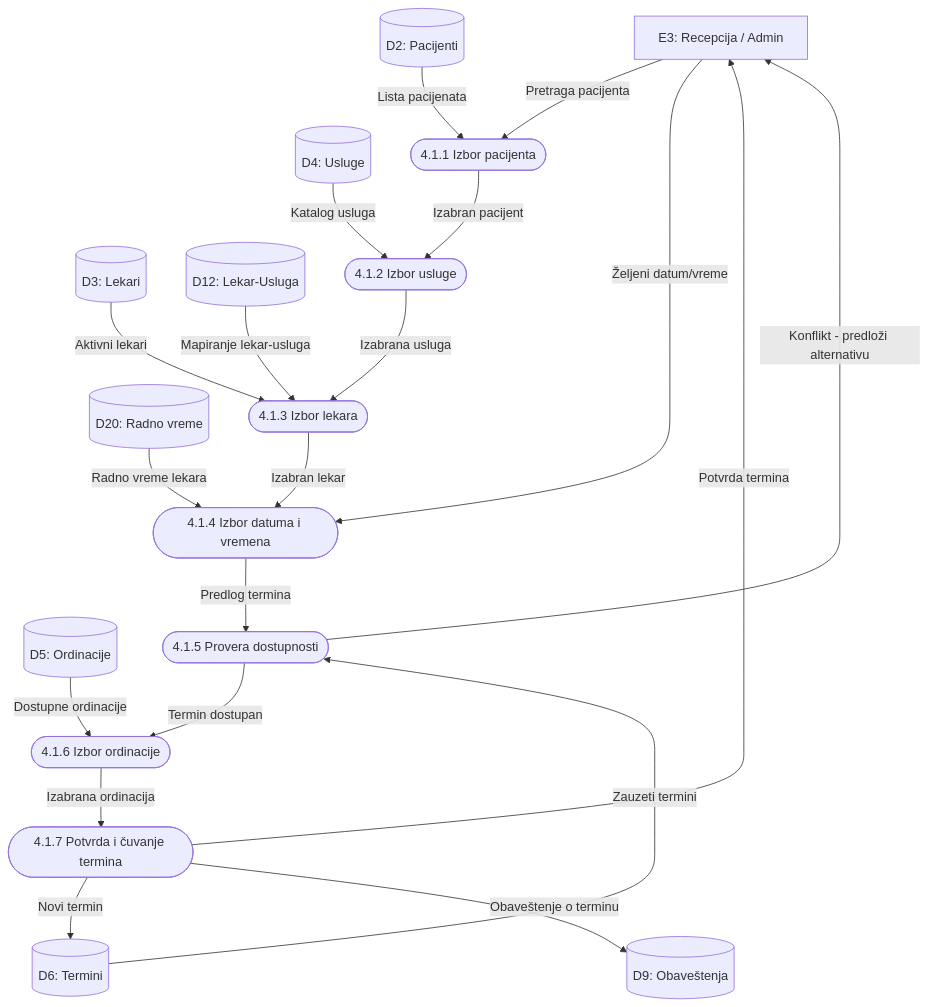
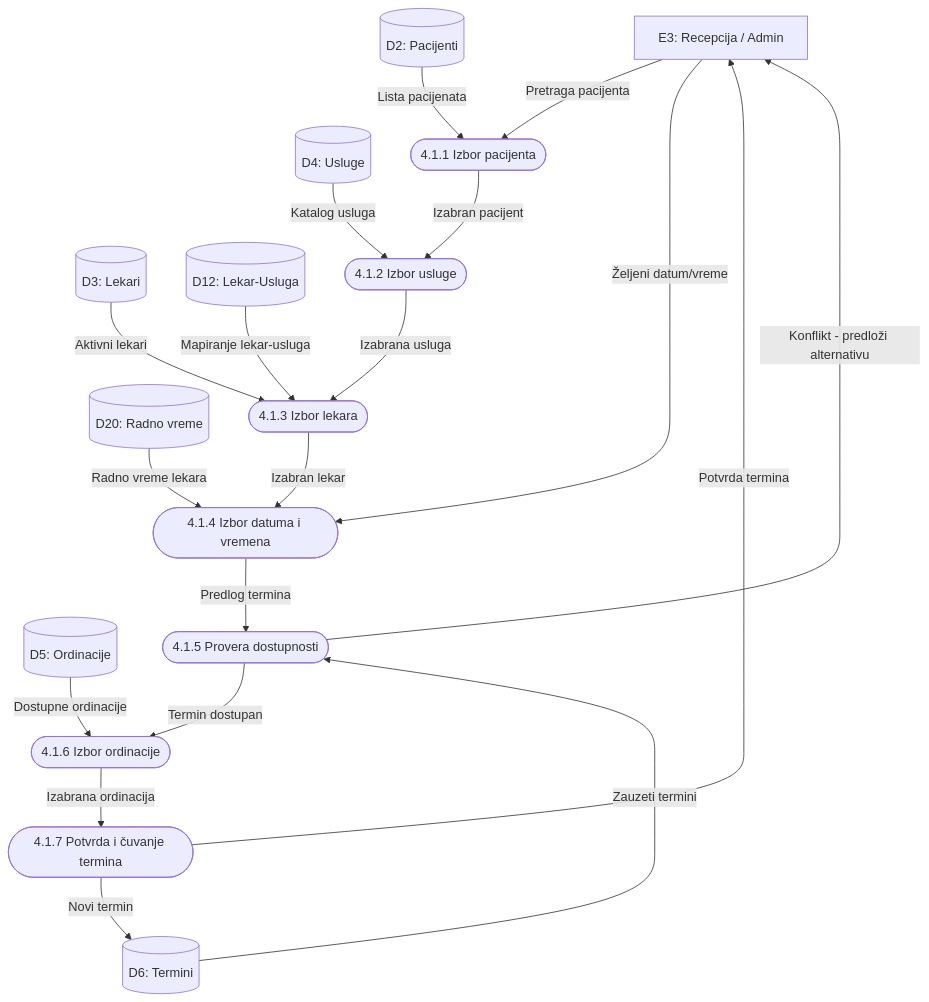
One commit to W1nt3rR/informacioni-sistem-privatne-klinike changed diagram 17 of 34 in docs/sistem-analiza.md. Above: the diagram before and after it, drawn with Mermaid. The commit also changed other lines of this file and 25 other files, not shown here.

````diff
--- a/docs/sistem-analiza.md
+++ b/docs/sistem-analiza.md
@@ -846,46 +830,44 @@
 ```mermaid
 graph TD
     E3["E3: Recepcija / Admin"]
     D2[("D2: Pacijenti")]
     D3[("D3: Lekari")]
     D4[("D4: Usluge")]
     D5[("D5: Ordinacije")]
     D6[("D6: Termini")]
-    D9[("D9: Obaveštenja")]
     D12[("D12: Lekar-Usluga")]
     D20[("D20: Radno vreme")]
 
     P411(["4.1.1 Izbor pacijenta"])
     P412(["4.1.2 Izbor usluge"])
     P413(["4.1.3 Izbor lekara"])
     P414(["4.1.4 Izbor datuma i vremena"])
     P415(["4.1.5 Provera dostupnosti"])
     P416(["4.1.6 Izbor ordinacije"])
     P417(["4.1.7 Potvrda i čuvanje termina"])
 
     E3 -->|"Pretraga pacijenta"| P411
     D2 -->|"Lista pacijenata"| P411
     P411 -->|"Izabran pacijent"| P412
 
     D4 -->|"Katalog usluga"| P412
     P412 -->|"Izabrana usluga"| P413
 
     D12 -->|"Mapiranje lekar-usluga"| P413
     D3 -->|"Aktivni lekari"| P413
     P413 -->|"Izabran lekar"| P414
 
     D20 -->|"Radno vreme lekara"| P414
     E3 -->|"Željeni datum/vreme"| P414
     P414 -->|"Predlog termina"| P415
 
     D6 -->|"Zauzeti termini"| P415
     P415 -->|"Termin dostupan"| P416
     P415 -->|"Konflikt - predloži alternativu"| E3
 
     D5 -->|"Dostupne ordinacije"| P416
     P416 -->|"Izabrana ordinacija"| P417
 
     P417 -->|"Novi termin"| D6
-    P417 -->|"Obaveštenje o terminu"| D9
     P417 -->|"Potvrda termina"| E3
 ```
````
